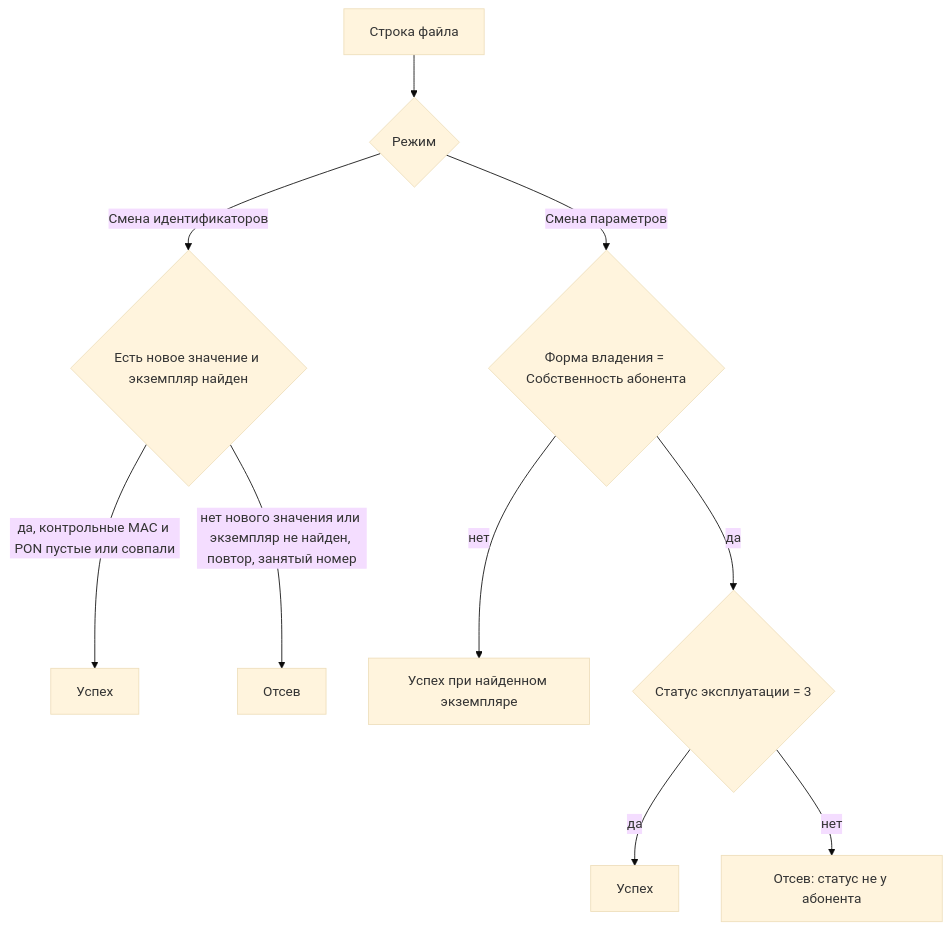
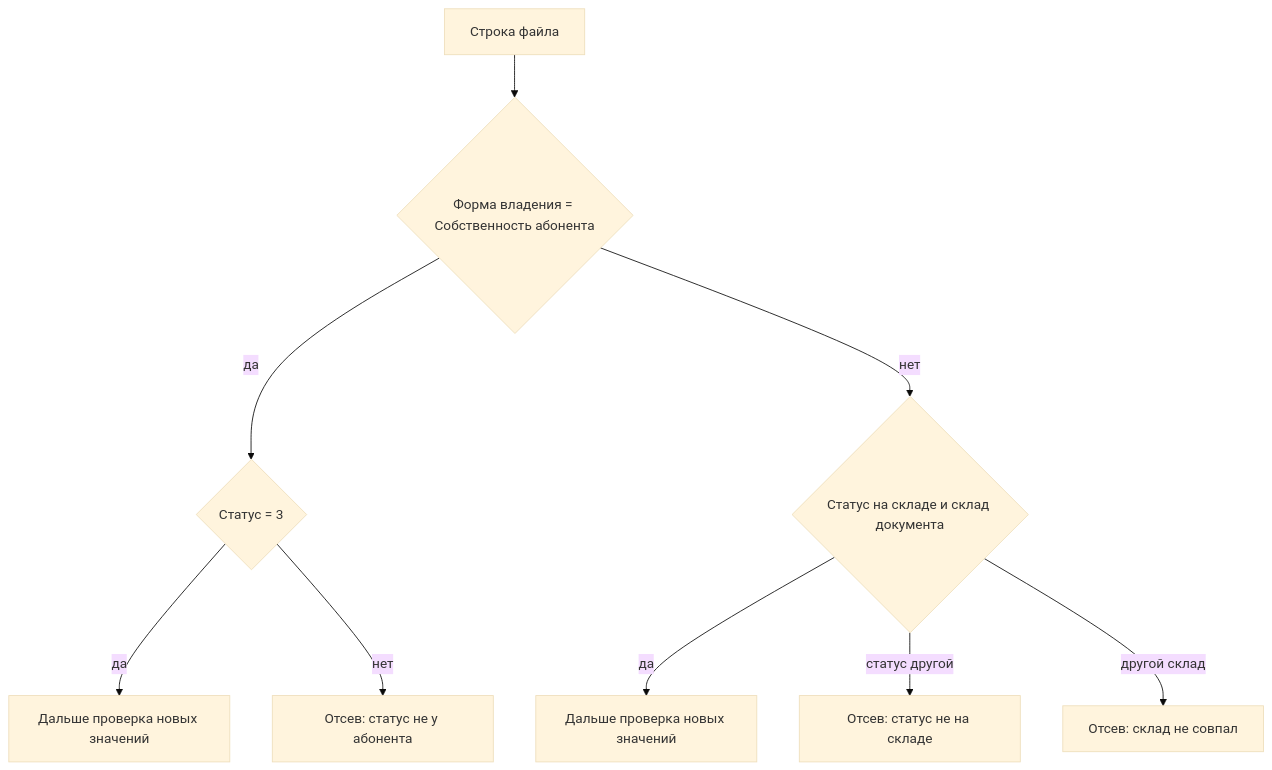
Before and after one commit to CallMeSanPedro/kuharenko: the diagram in docs/identifier-change-test-scenarios.md, drawn with Mermaid (base theme). The commit also changed other lines of this file and 1 other file, not shown here.

````diff
--- a/docs/identifier-change-test-scenarios.md
+++ b/docs/identifier-change-test-scenarios.md
@@ -9,12 +11,11 @@
 ```mermaid
 flowchart TD
-  A[Строка файла] --> B{Режим}
-  B -->|Смена идентификаторов| C{Есть новое значение и экземпляр найден}
-  C -->|да, контрольные MAC и PON пустые или совпали| OK1[Успех]
-  C -->|нет нового значения или экземпляр не найден, повтор, занятый номер| BAD1[Отсев]
-  B -->|Смена параметров| D{Форма владения = Собственность абонента}
-  D -->|нет| OK2[Успех при найденном экземпляре]
-  D -->|да| E{Статус эксплуатации = 3}
-  E -->|да| OK3[Успех]
-  E -->|нет| BAD2[Отсев: статус не у абонента]
+  A[Строка файла] --> B{Форма владения = Собственность абонента}
+  B -->|да| C{Статус = 3}
+  C -->|да| OK1[Дальше проверка новых значений]
+  C -->|нет| BAD1[Отсев: статус не у абонента]
+  B -->|нет| D{Статус на складе и склад документа}
+  D -->|да| OK2[Дальше проверка новых значений]
+  D -->|статус другой| BAD2[Отсев: статус не на складе]
+  D -->|другой склад| BAD3[Отсев: склад не совпал]
 ```
````
